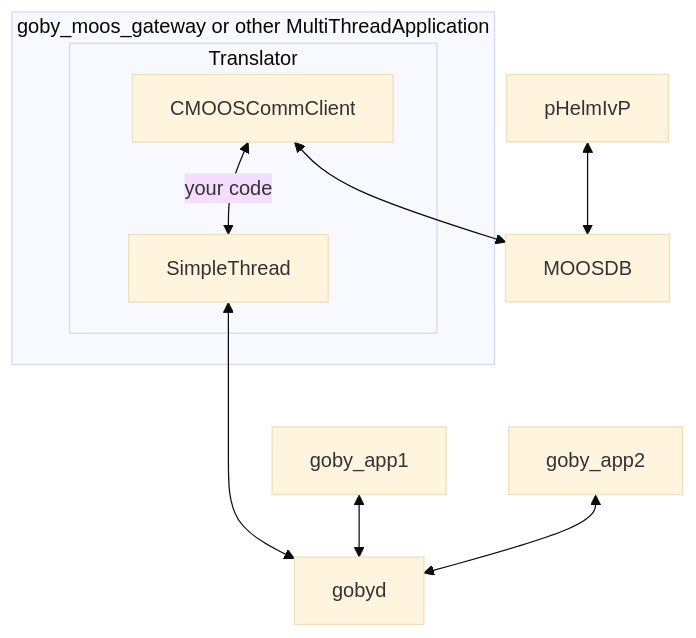
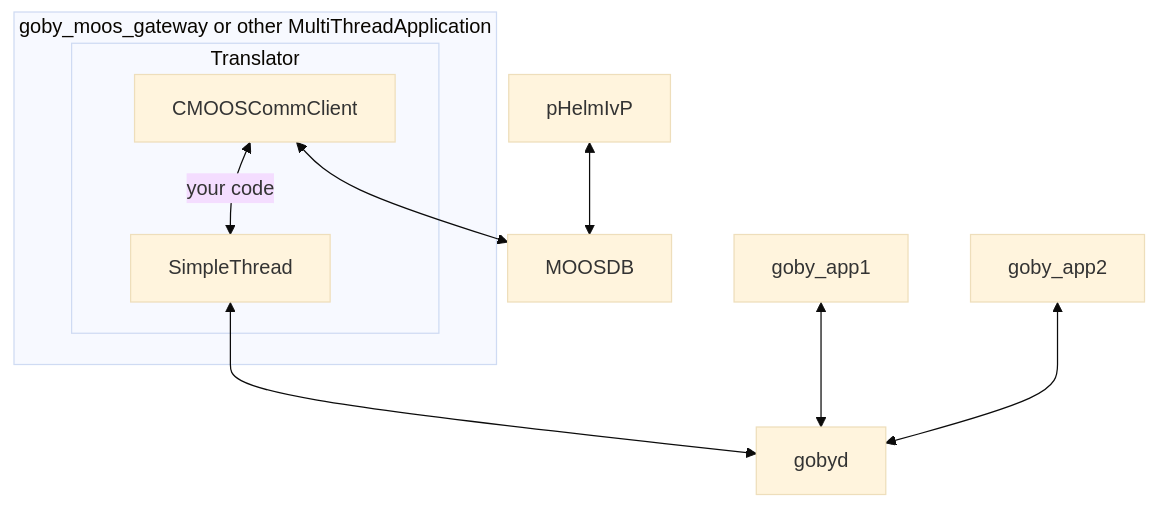
Before and after one commit to limuir/goby3-course: the sixth of 10 diagrams in lectures/day3-autonomy/day3-autonomy_notes.md, drawn with Mermaid (base theme). The commit also changed other lines of this file and 8 other files, not shown here.

````diff
--- a/lectures/day3-autonomy/day3-autonomy_notes.md
+++ b/lectures/day3-autonomy/day3-autonomy_notes.md
@@ -317,15 +317,15 @@
 ```mermaid
 flowchart TD
    subgraph goby_moos_gateway or other MultiThreadApplication
    subgraph Translator
       CMOOSCommClient
       CMOOSCommClient <-->|your code| SimpleThread 
       SimpleThread
    end
    end
    CMOOSCommClient <--> MOOSDB
    pHelmIvP <--> MOOSDB
-   SimpleThread <---> gobyd
+   SimpleThread <--> gobyd
    goby_app1 <--> gobyd
    goby_app2 <--> gobyd
 ```
````
